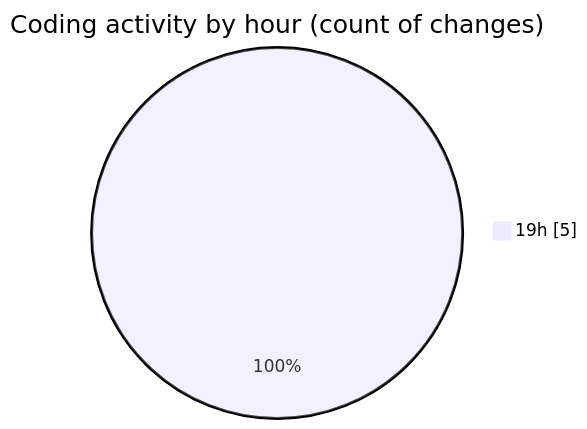
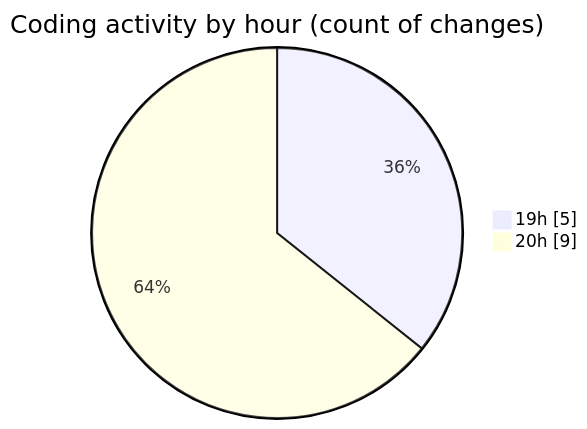
Before and after one commit to Netris89/code-tracking: the second of 2 diagrams in 2025-04-25/echo/README.md, drawn with Mermaid. The commit also changed other lines of this file and 1 other file, not shown here.

````diff
--- a/2025-04-25/echo/README.md
+++ b/2025-04-25/echo/README.md
@@ -30,5 +30,6 @@
 ```mermaid
 pie showData
 title Coding activity by hour (count of changes)
 "19h" : 5
+"20h" : 9
 ```
````
